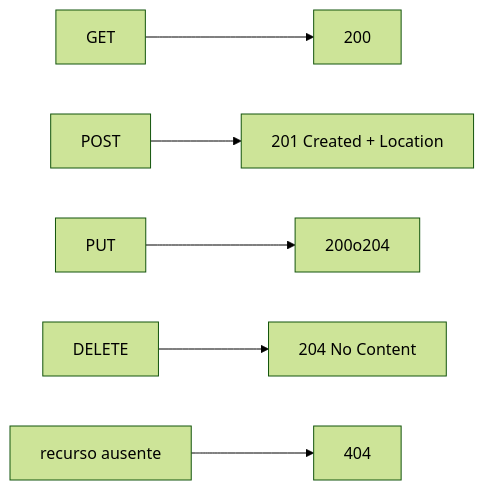
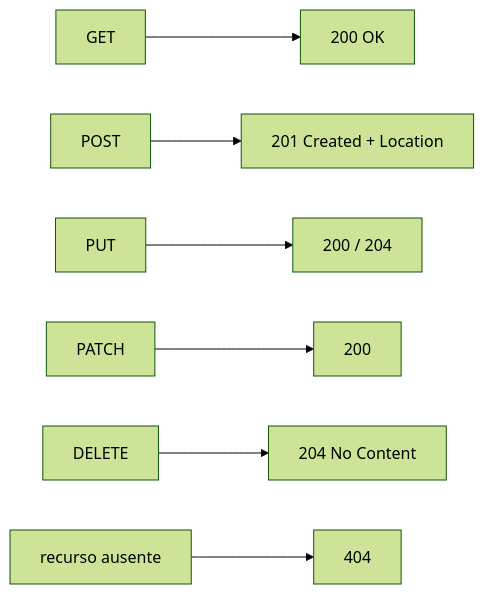
One commit to obiticadev/DAM-2025-26 changed the third of 4 diagrams in Programación/Aprendizaje autodidacta/11_APIRESTMasterclass/teoria/05_Controllers_REST.md. Above: the diagram before and after it, drawn with Mermaid (forest theme). The commit also changed other lines of this file and 40 other files, not shown here.

````diff
--- a/Programación/Aprendizaje autodidacta/11_APIRESTMasterclass/teoria/05_Controllers_REST.md
+++ b/Programación/Aprendizaje autodidacta/11_APIRESTMasterclass/teoria/05_Controllers_REST.md
@@ -40,8 +195,9 @@
 ```mermaid
 flowchart LR
-    G[GET] --> 200
-    P[POST] --> 201[201 Created + Location]
-    PU[PUT] --> 200o204
-    D[DELETE] --> 204[204 No Content]
-    NF[recurso ausente] --> 404
+    G[GET] --> C200[200 OK]
+    P[POST] --> C201["201 Created + Location"]
+    PU[PUT] --> C200b[200 / 204]
+    PA[PATCH] --> C200c[200]
+    D[DELETE] --> C204[204 No Content]
+    NF[recurso ausente] --> C404[404]
 ```
````
